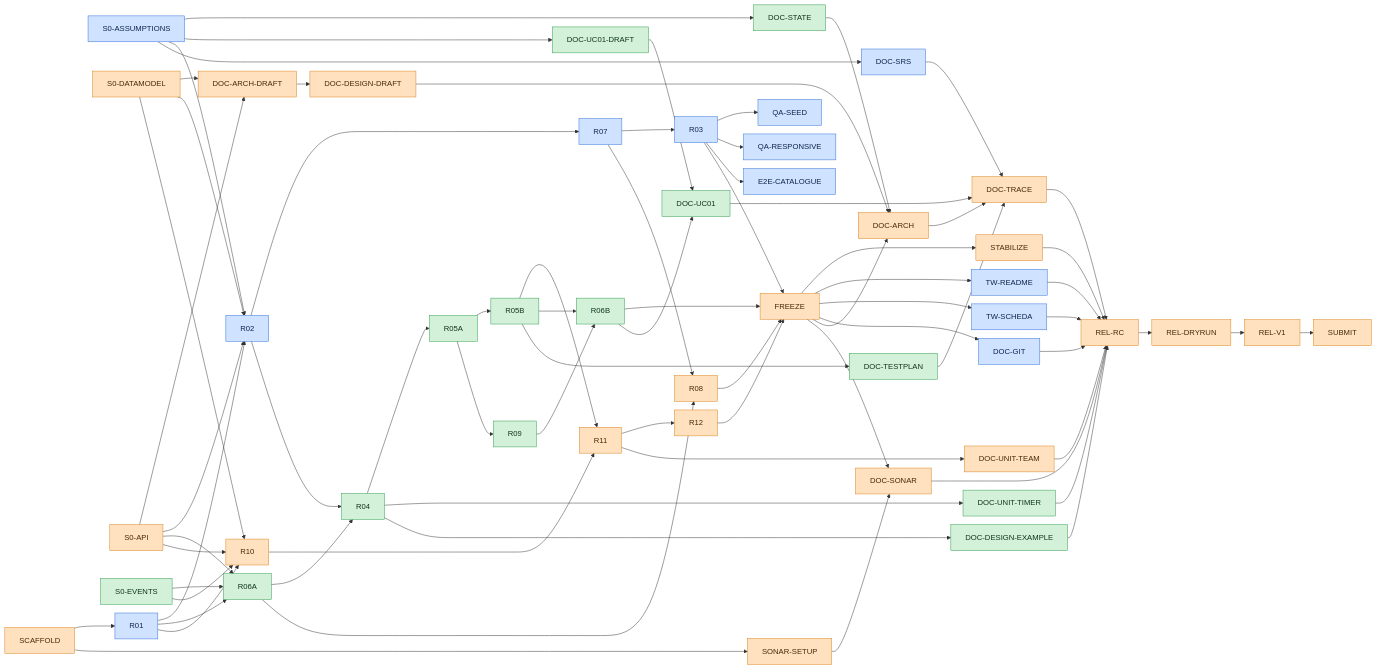
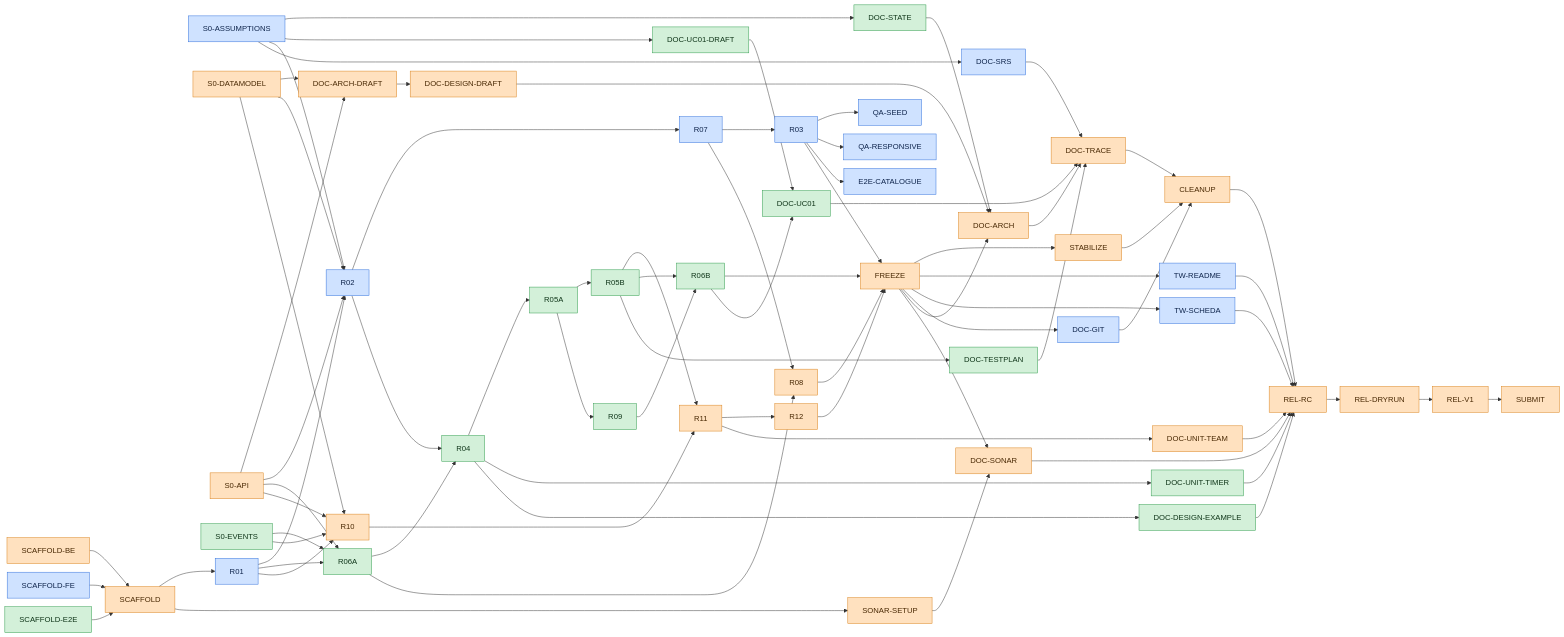
The second of 3 diagrams in docs/plan/PLAN.md (Mynamesdsuper/sidequest-group40), drawn with Mermaid before and after one commit. The commit also changed other lines of this file and 26 other files, not shown here.

First line of the commit message:
chore(plan): CLEANUP task, start-here, directives, scaffold split, project history (#47)

````diff
--- a/docs/plan/PLAN.md
+++ b/docs/plan/PLAN.md
@@ -207,6 +208,9 @@
 ```mermaid
 %%{init: {"flowchart": {"nodeSpacing": 18, "rankSpacing": 28}}}%%
 flowchart LR
+  SCAFFOLD_BE["SCAFFOLD-BE"]
+  SCAFFOLD_FE["SCAFFOLD-FE"]
+  SCAFFOLD_E2E["SCAFFOLD-E2E"]
   SCAFFOLD["SCAFFOLD"]
   S0_ASSUMPTIONS["S0-ASSUMPTIONS"]
   S0_DATAMODEL["S0-DATAMODEL"]
@@ -248,10 +252,14 @@
   DOC_SONAR["DOC-SONAR"]
   DOC_UNIT_TEAM["DOC-UNIT-TEAM"]
   DOC_TRACE["DOC-TRACE"]
+  CLEANUP["CLEANUP"]
   REL_RC["REL-RC"]
   REL_DRYRUN["REL-DRYRUN"]
   REL_V1["REL-V1"]
   SUBMIT["SUBMIT"]
+  SCAFFOLD_BE --> SCAFFOLD
+  SCAFFOLD_FE --> SCAFFOLD
+  SCAFFOLD_E2E --> SCAFFOLD
   SCAFFOLD --> R01
   SCAFFOLD --> SONAR_SETUP
   S0_DATAMODEL --> DOC_ARCH_DRAFT
@@ -311,13 +319,14 @@
   DOC_ARCH --> DOC_TRACE
   DOC_TESTPLAN --> DOC_TRACE
   DOC_UC01 --> DOC_TRACE
-  STABILIZE --> REL_RC
-  DOC_TRACE --> REL_RC
+  STABILIZE --> CLEANUP
+  DOC_TRACE --> CLEANUP
+  DOC_GIT --> CLEANUP
+  CLEANUP --> REL_RC
   DOC_SONAR --> REL_RC
   DOC_UNIT_TIMER --> REL_RC
   DOC_UNIT_TEAM --> REL_RC
   DOC_DESIGN_EXAMPLE --> REL_RC
-  DOC_GIT --> REL_RC
   TW_README --> REL_RC
   TW_SCHEDA --> REL_RC
   REL_RC --> REL_DRYRUN
@@ -326,7 +335,7 @@
   classDef p1 fill:#cfe2ff,stroke:#2f6fdb,color:#10264d
   classDef p2 fill:#d3f0d9,stroke:#2e9b4c,color:#10361a
   classDef p3 fill:#ffe1bf,stroke:#d9801a,color:#4a2a05
-  class S0_ASSUMPTIONS,R01,R02,R07,R03,QA_SEED,QA_RESPONSIVE,E2E_CATALOGUE,DOC_SRS,TW_README,TW_SCHEDA,DOC_GIT p1
-  class S0_EVENTS,DOC_STATE,DOC_UC01_DRAFT,R06A,R04,R05A,R05B,R09,R06B,DOC_UC01,DOC_TESTPLAN,DOC_UNIT_TIMER,DOC_DESIGN_EXAMPLE p2
-  class SCAFFOLD,S0_DATAMODEL,S0_API,SONAR_SETUP,DOC_ARCH_DRAFT,R10,DOC_DESIGN_DRAFT,R08,R11,R12,FREEZE,STABILIZE,DOC_ARCH,DOC_SONAR,DOC_UNIT_TEAM,DOC_TRACE,REL_RC,REL_DRYRUN,REL_V1,SUBMIT p3
+  class SCAFFOLD_FE,S0_ASSUMPTIONS,R01,R02,R07,R03,QA_SEED,QA_RESPONSIVE,E2E_CATALOGUE,DOC_SRS,TW_README,TW_SCHEDA,DOC_GIT p1
+  class SCAFFOLD_E2E,S0_EVENTS,DOC_STATE,DOC_UC01_DRAFT,R06A,R04,R05A,R05B,R09,R06B,DOC_UC01,DOC_TESTPLAN,DOC_UNIT_TIMER,DOC_DESIGN_EXAMPLE p2
+  class SCAFFOLD_BE,SCAFFOLD,S0_DATAMODEL,S0_API,SONAR_SETUP,DOC_ARCH_DRAFT,R10,DOC_DESIGN_DRAFT,R08,R11,R12,FREEZE,STABILIZE,DOC_ARCH,DOC_SONAR,DOC_UNIT_TEAM,DOC_TRACE,CLEANUP,REL_RC,REL_DRYRUN,REL_V1,SUBMIT p3
 ```
````
